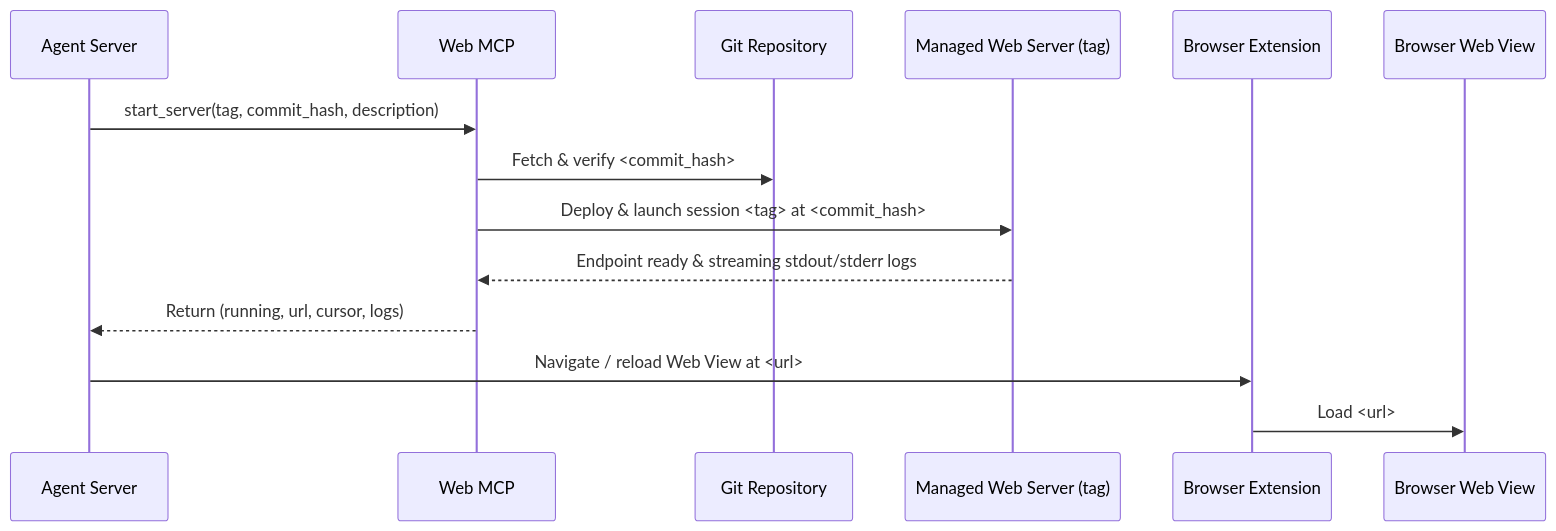
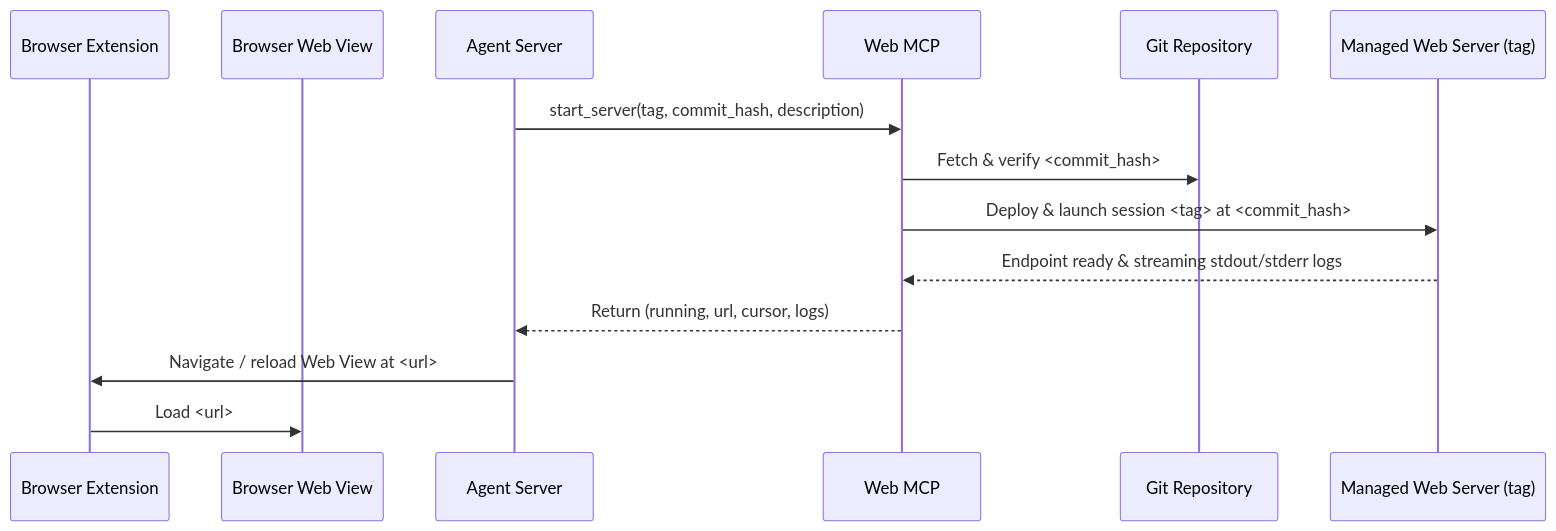
The third of 5 diagrams in mcp/axoloctl/README.md (grafnu/udmi), drawn with Mermaid before and after one commit. The commit also changed other lines of this file, not shown here.

Commit message:
Remove redundant sequence diagram bullets and align participant ordering

````diff
--- a/mcp/axoloctl/README.md
+++ b/mcp/axoloctl/README.md
@@ -116,17 +111,17 @@
 ```mermaid
 sequenceDiagram
+  participant Ext as Browser Extension
+  participant View as Browser Web View
   participant Agent as Agent Server
   participant WebMCP as Web MCP
   participant Git as Git Repository
   participant Web as Managed Web Server (tag)
-  participant Ext as Browser Extension
-  participant View as Browser Web View
 
   Agent->>WebMCP: start_server(tag, commit_hash, description)
   WebMCP->>Git: Fetch & verify <commit_hash>
   WebMCP->>Web: Deploy & launch session <tag> at <commit_hash>
   Web-->>WebMCP: Endpoint ready & streaming stdout/stderr logs
   WebMCP-->>Agent: Return (running, url, cursor, logs)
   Agent->>Ext: Navigate / reload Web View at <url>
   Ext->>View: Load <url>
 ```
````
